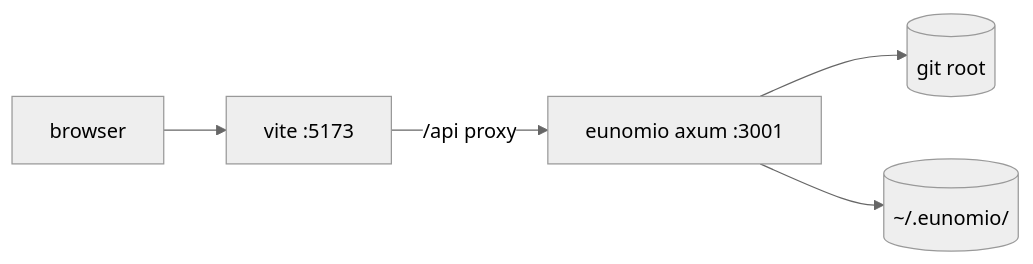
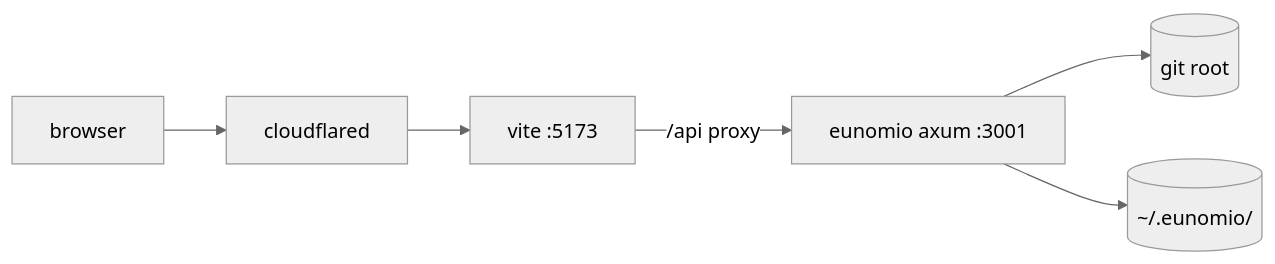
The first of 2 diagrams in ARCHITECTURE.md (James-Mart/eunomio), drawn with Mermaid (neutral theme) before and after one commit. The commit also changed other lines of this file and 9 other files, not shown here.

````diff
--- a/ARCHITECTURE.md
+++ b/ARCHITECTURE.md
@@ -11,13 +11,15 @@
 ```mermaid
 flowchart LR
   browser["browser"]
+  cf["cloudflared"]
   vite["vite :5173"]
   rust["eunomio axum :3001"]
   repo[("git root")]
   state[("~/.eunomio/")]
 
-  browser --> vite
+  browser --> cf
+  cf --> vite
   vite -->|"/api proxy"| rust
   rust --> repo
   rust --> state
 ```
````
